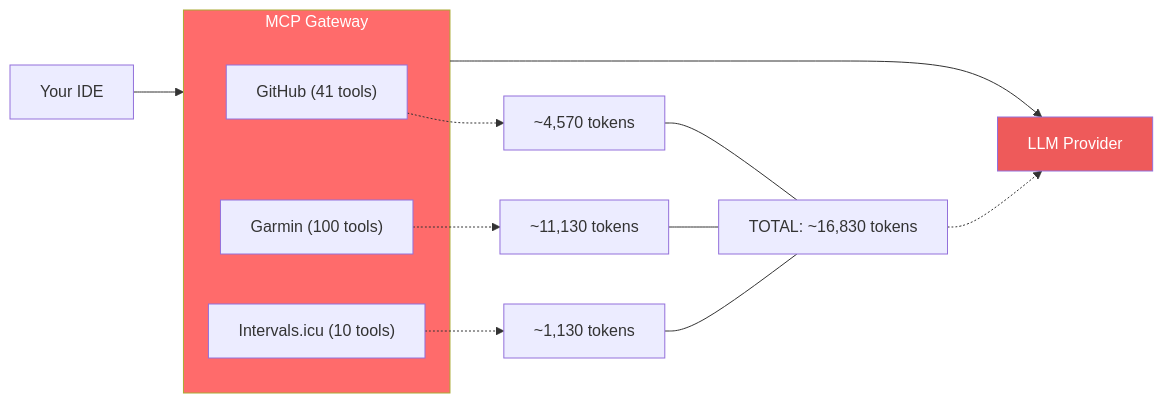
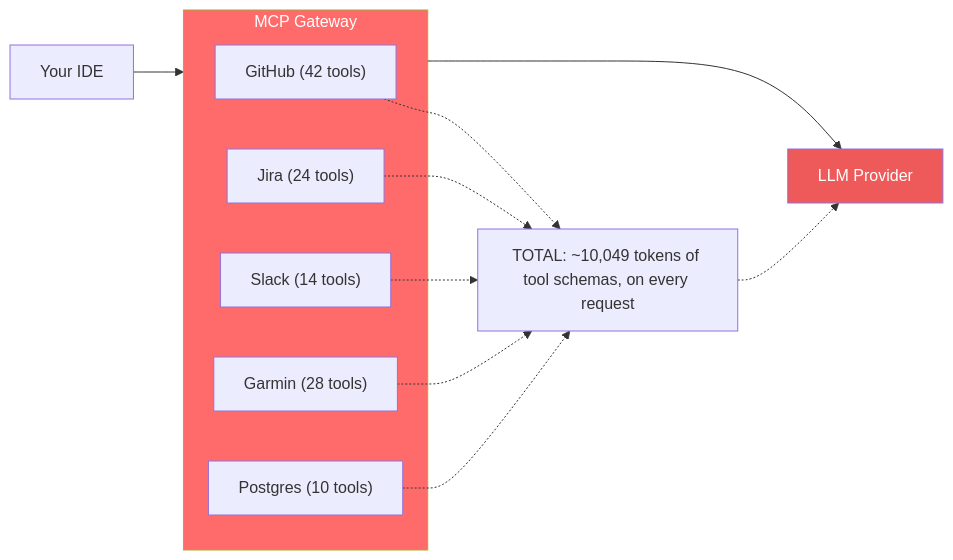
Before and after one commit to mmornati/leanproxy-mcp: the first of 3 diagrams in README.md, drawn with Mermaid. The commit also changed other lines of this file and 2 other files, not shown here.

````diff
--- a/README.md
+++ b/README.md
@@ -51,28 +51,26 @@
 ```mermaid
 flowchart LR
     IDE["Your IDE"] --> MCP["MCP Gateway"]
 
     subgraph MCP["MCP Gateway"]
-        S1["GitHub (41 tools)"]
-        S2["Garmin (100 tools)"]
-        S3["Intervals.icu (10 tools)"]
+        S1["GitHub (42 tools)"]
+        S2["Jira (24 tools)"]
+        S3["Slack (14 tools)"]
+        S4["Garmin (28 tools)"]
+        S5["Postgres (10 tools)"]
     end
 
     MCP --> LLM["LLM Provider"]
 
-    note1["~4,570 tokens"]
-    note2["~11,130 tokens"]
-    note3["~1,130 tokens"]
-    total["TOTAL: ~16,830 tokens"]
+    total["TOTAL: ~10,049 tokens of tool schemas, on every request"]
 
-    S1 -.-> note1
-    S2 -.-> note2
-    S3 -.-> note3
-    note1 --- total
-    note2 --- total
-    note3 --- total
+    S1 -.-> total
+    S2 -.-> total
+    S3 -.-> total
+    S4 -.-> total
+    S5 -.-> total
     total -.-> LLM
 
     style MCP fill:#ff6b6b,color:#fff
     style LLM fill:#ee5a5a,color:#fff
 ```
````
